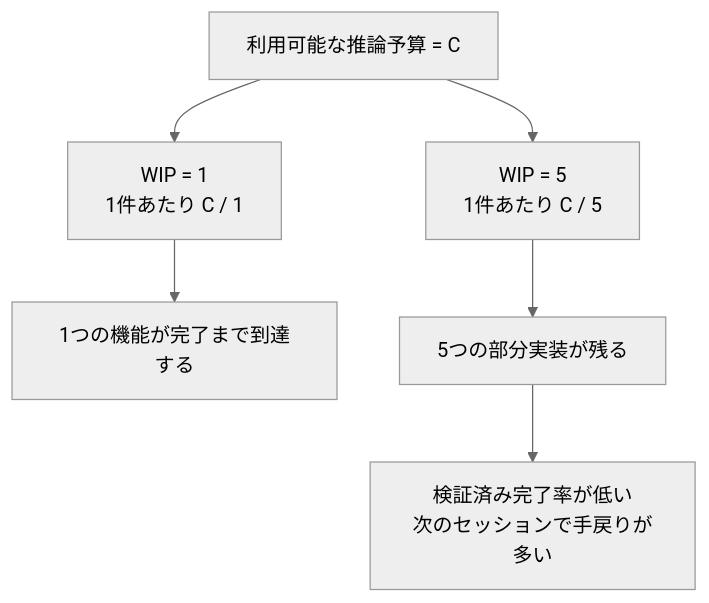
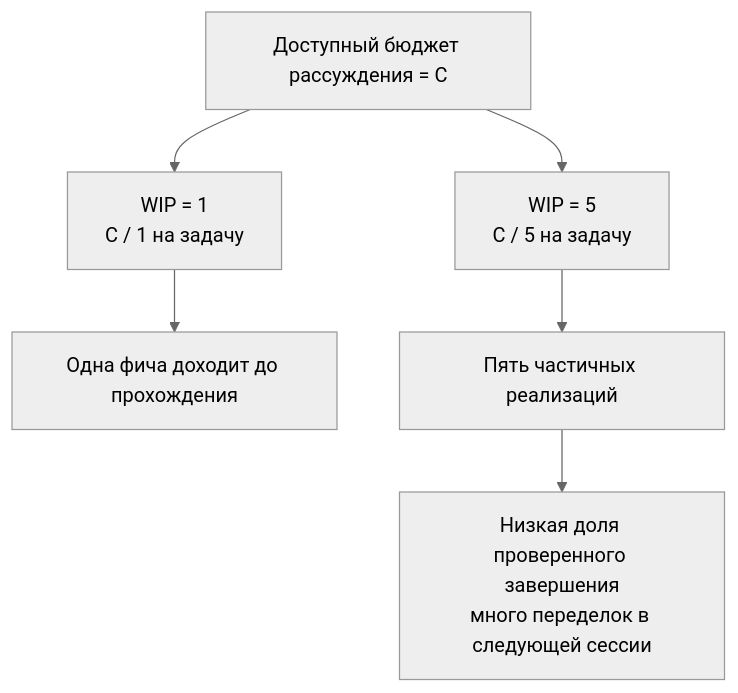
Before and after one commit to mkusaka/learn-harness-engineering: the second of 2 diagrams in docs/ru/lectures/lecture-07-why-agents-overreach-and-under-finish/index.md, drawn with Mermaid (neutral theme). The commit also changed other lines of this file and 684 other files, not shown here.

````diff
--- a/docs/ru/lectures/lecture-07-why-agents-overreach-and-under-finish/index.md
+++ b/docs/ru/lectures/lecture-07-why-agents-overreach-and-under-finish/index.md
@@ -43,9 +43,9 @@
 ```mermaid
 flowchart TB
-    Budget["利用可能な推論予算 = C"] --> One["WIP = 1<br/>1件あたり C / 1"]
-    Budget --> Many["WIP = 5<br/>1件あたり C / 5"]
+    Budget["Доступный бюджет рассуждения = C"] --> One["WIP = 1<br/>C / 1 на задачу"]
+    Budget --> Many["WIP = 5<br/>C / 5 на задачу"]
 
-    One --> Finish["1つの機能が完了まで到達する"]
-    Many --> Partial["5つの部分実装が残る"]
-    Partial --> VCR["検証済み完了率が低い<br/>次のセッションで手戻りが多い"]
+    One --> Finish["Одна фича доходит до прохождения"]
+    Many --> Partial["Пять частичных реализаций"]
+    Partial --> VCR["Низкая доля проверенного завершения<br/>много переделок в следующей сессии"]
 ```
````
